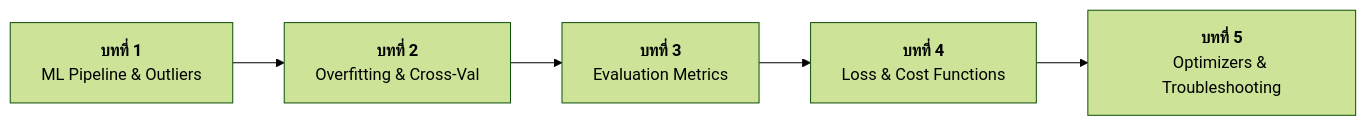
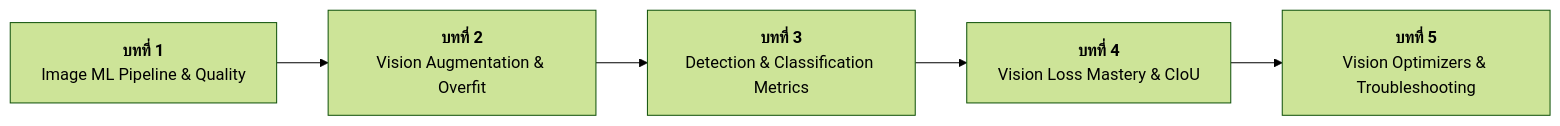
The diagram in ml_model_training/README.md (PichyyyNews/image-processing), drawn with Mermaid (forest theme) before and after one commit. The commit also changed other lines of this file and 16 other files, not shown here.

Commit message:
refactor: revamp ml_model_training into a dedicated Computer Vision & YOLO ML curriculum with graphic diagrams, PyTorch code, and Vision troubleshooting

````diff
--- a/ml_model_training/README.md
+++ b/ml_model_training/README.md
@@ -9,7 +9,7 @@
 ```mermaid
 flowchart LR
-    CH1["<b>บทที่ 1</b><br>ML Pipeline & Outliers"] --> CH2["<b>บทที่ 2</b><br>Overfitting & Cross-Val"]
-    CH2 --> CH3["<b>บทที่ 3</b><br>Evaluation Metrics"]
-    CH3 --> CH4["<b>บทที่ 4</b><br>Loss & Cost Functions"]
-    CH4 --> CH5["<b>บทที่ 5</b><br>Optimizers & Troubleshooting"]
+    CH1["<b>บทที่ 1</b><br>Image ML Pipeline & Quality"] --> CH2["<b>บทที่ 2</b><br>Vision Augmentation & Overfit"]
+    CH2 --> CH3["<b>บทที่ 3</b><br>Detection & Classification Metrics"]
+    CH3 --> CH4["<b>บทที่ 4</b><br>Vision Loss Mastery & CIoU"]
+    CH4 --> CH5["<b>บทที่ 5</b><br>Vision Optimizers & Troubleshooting"]
 ```
````
